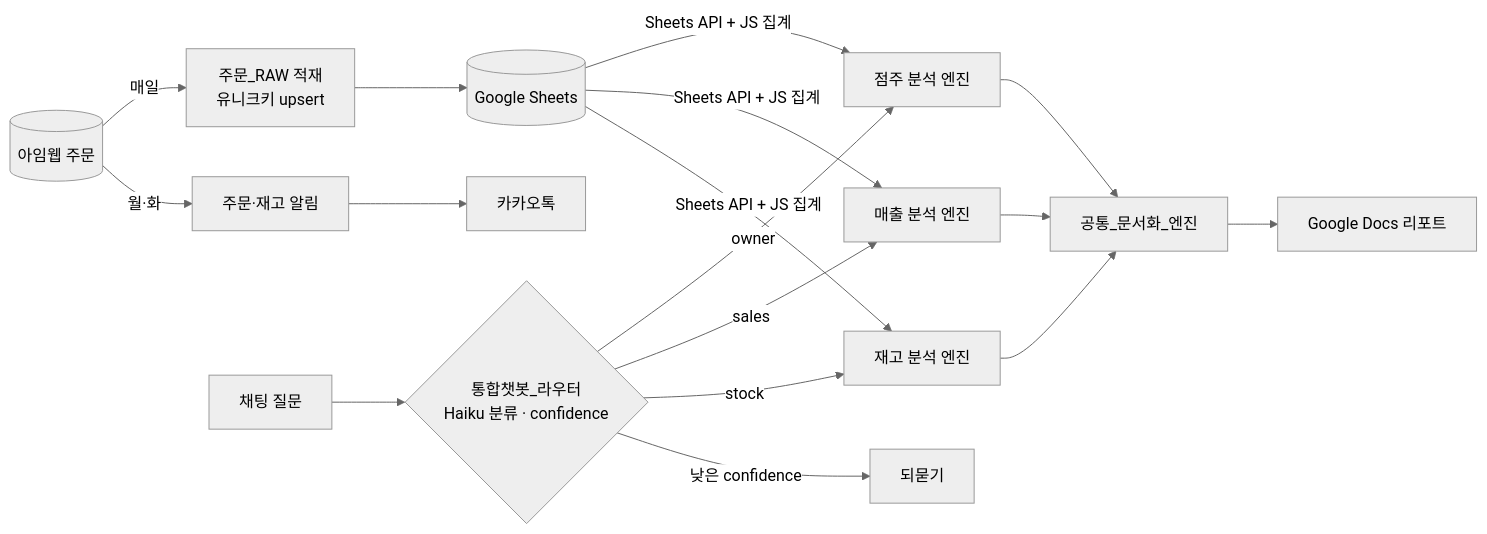
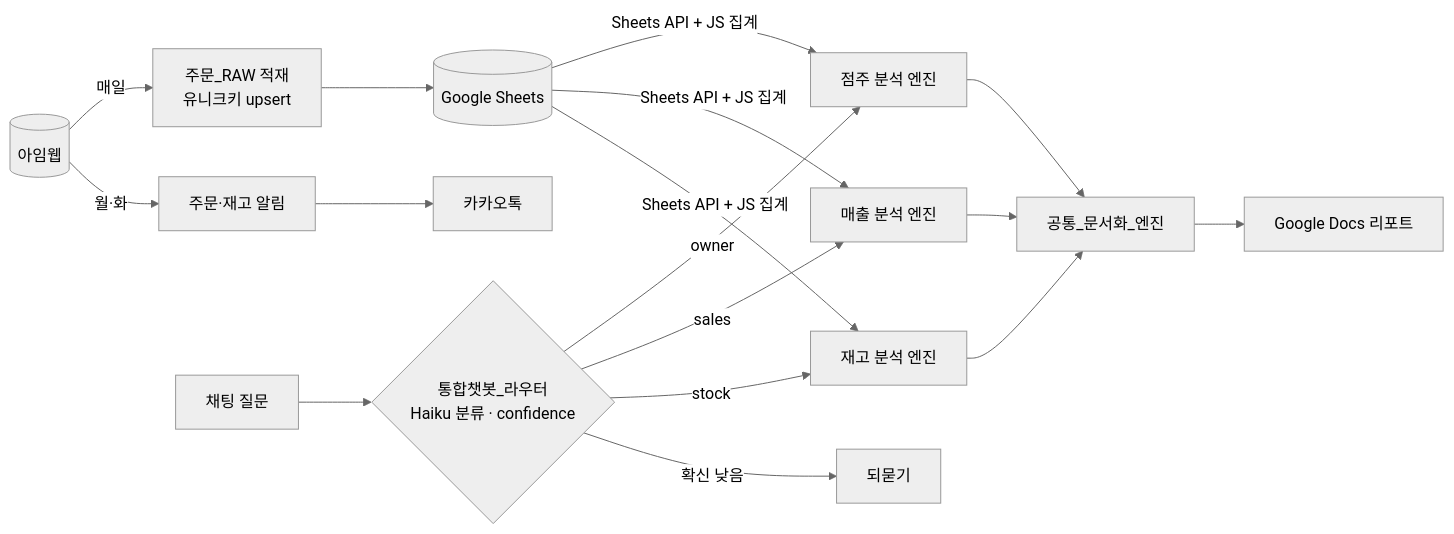
One commit to TaeJeong-Eom/Aromaforest_workflow changed the diagram in README.md. Above: the diagram before and after it, drawn with Mermaid (neutral theme). The commit also changed other lines of this file and 1 other file, not shown here.

First line of the commit message:
README 재구성: 개선 효과 · 설계 의도 · 트러블슈팅 · 워크플로우 특징

````diff
--- a/README.md
+++ b/README.md
@@ -35,14 +44,14 @@
 ```mermaid
 flowchart LR
-    IMWEB[(아임웹 주문)] -->|매일| RAW[주문_RAW 적재<br/>유니크키 upsert]
+    IMWEB[(아임웹)] -->|매일| RAW[주문_RAW 적재<br/>유니크키 upsert]
     RAW --> SHEET[(Google Sheets)]
     IMWEB -->|월·화| ALERT[주문·재고 알림] --> KAKAO[카카오톡]
 
     Q[채팅 질문] --> ROUTER{통합챗봇_라우터<br/>Haiku 분류 · confidence}
     ROUTER -->|owner| E1[점주 분석 엔진]
     ROUTER -->|sales| E2[매출 분석 엔진]
     ROUTER -->|stock| E3[재고 분석 엔진]
-    ROUTER -->|낮은 confidence| ASK[되묻기]
+    ROUTER -->|확신 낮음| ASK[되묻기]
     SHEET -->|Sheets API + JS 집계| E1 & E2 & E3
     E1 & E2 & E3 --> DOC[공통_문서화_엔진] --> GDOC[Google Docs 리포트]
 ```
````
